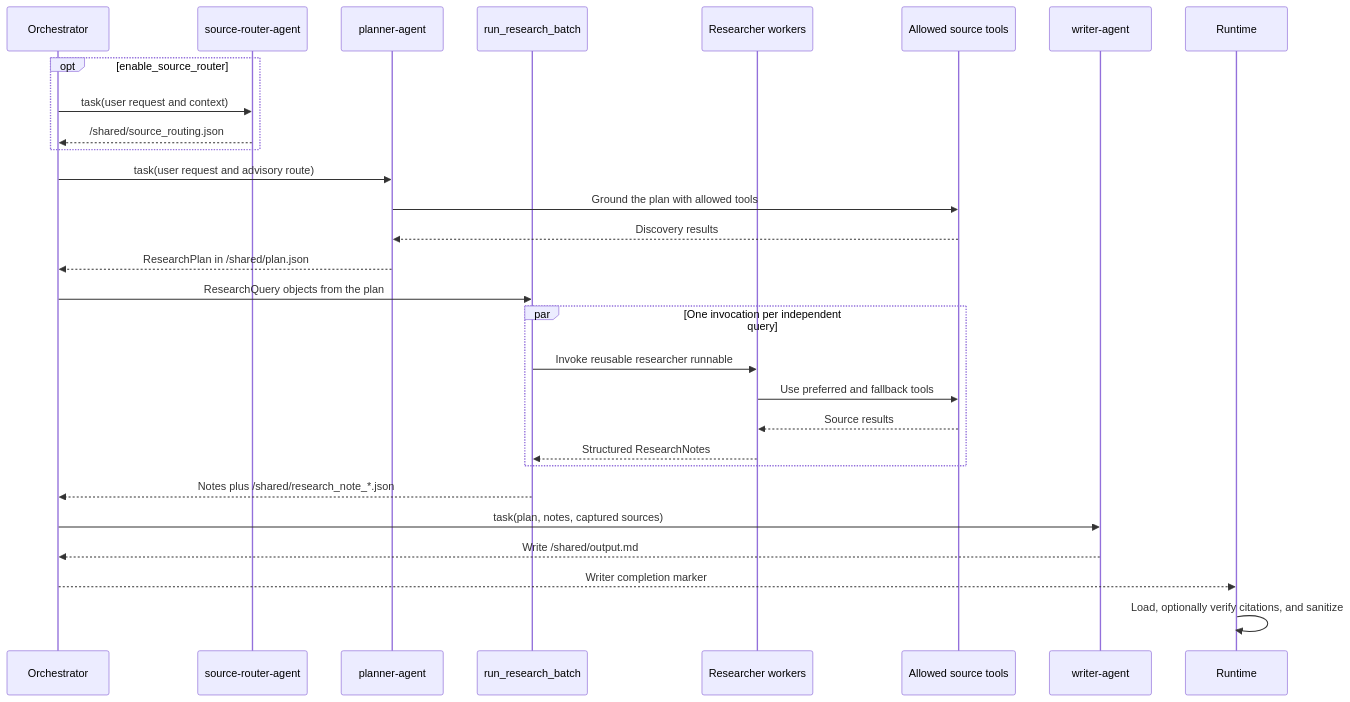
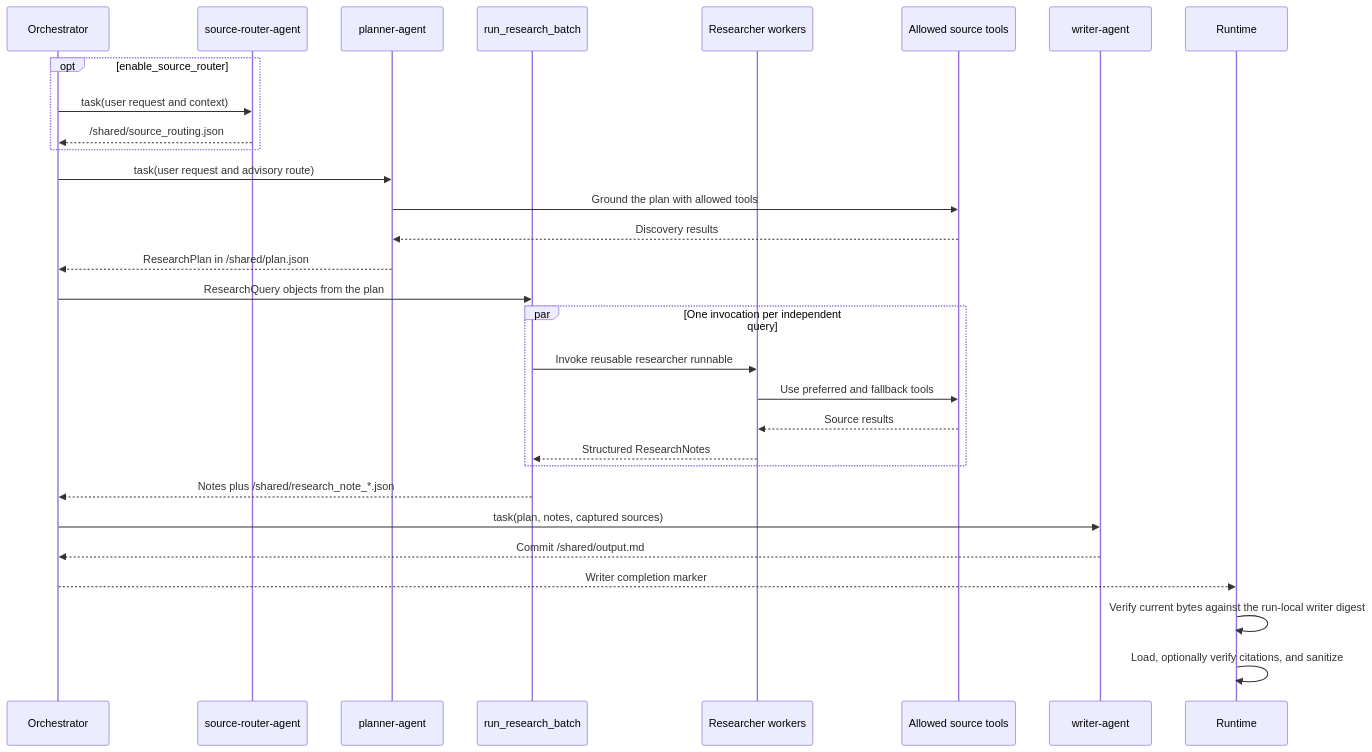
One commit to KyleZheng1284/aiq-research-assistant-kyle-fork changed the second of 2 diagrams in docs/source/architecture/agents/deep-researcher.md. Above: the diagram before and after it, drawn with Mermaid. The commit also changed other lines of this file and 7 other files, not shown here.

````diff
--- a/docs/source/architecture/agents/deep-researcher.md
+++ b/docs/source/architecture/agents/deep-researcher.md
@@ -65,32 +63,33 @@
 ```mermaid
 sequenceDiagram
     participant O as Orchestrator
     participant S as source-router-agent
     participant P as planner-agent
     participant B as run_research_batch
     participant R as Researcher workers
     participant T as Allowed source tools
     participant W as writer-agent
     participant X as Runtime
 
     opt enable_source_router
         O->>S: task(user request and context)
         S-->>O: /shared/source_routing.json
     end
     O->>P: task(user request and advisory route)
     P->>T: Ground the plan with allowed tools
     T-->>P: Discovery results
     P-->>O: ResearchPlan in /shared/plan.json
     O->>B: ResearchQuery objects from the plan
     par One invocation per independent query
         B->>R: Invoke reusable researcher runnable
         R->>T: Use preferred and fallback tools
         T-->>R: Source results
         R-->>B: Structured ResearchNotes
     end
     B-->>O: Notes plus /shared/research_note_*.json
     O->>W: task(plan, notes, captured sources)
-    W-->>O: Write /shared/output.md
+    W-->>O: Commit /shared/output.md
     O-->>X: Writer completion marker
+    X->>X: Verify current bytes against the run-local writer digest
     X->>X: Load, optionally verify citations, and sanitize
 ```
````
